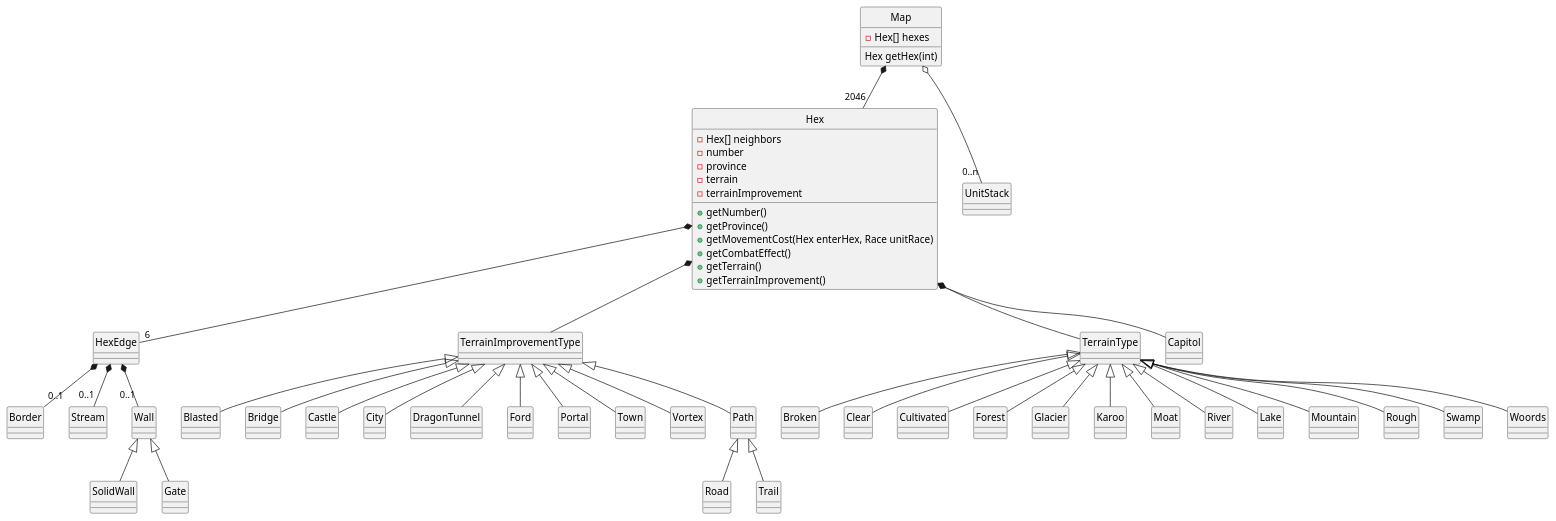
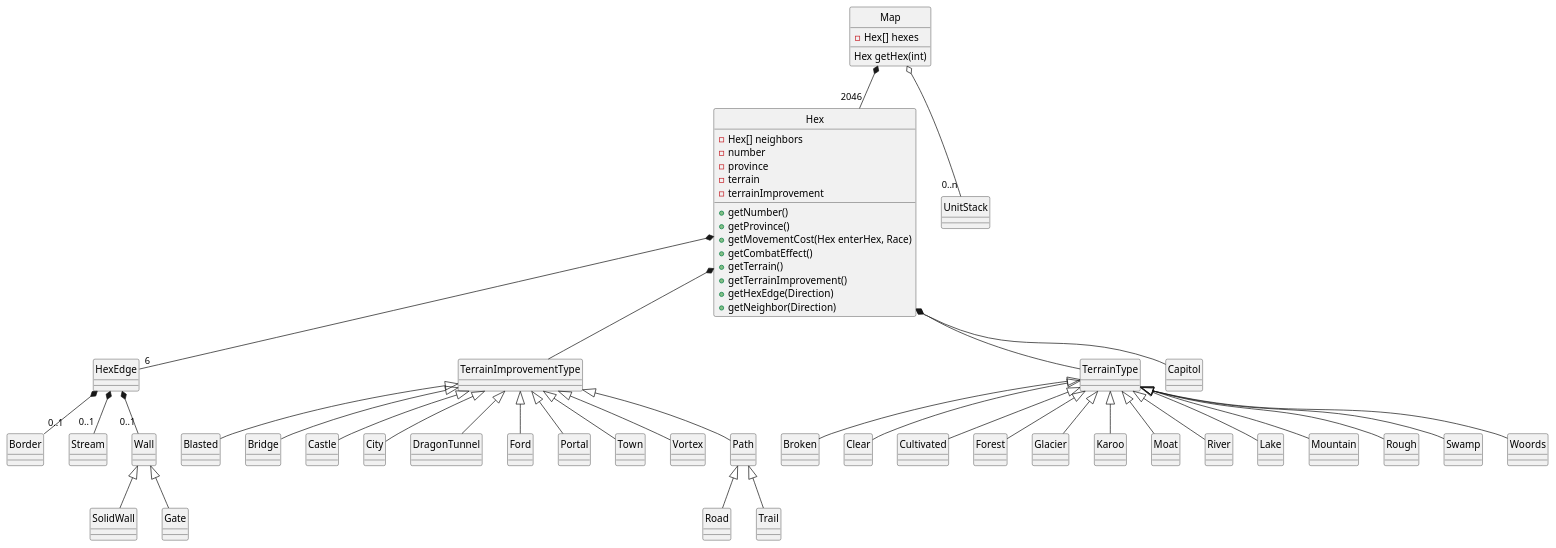
The diagram in mapmove.pu (CS383-Sword-and-Sorcery/HW3), drawn with PlantUML before and after one commit.

Commit message:
added some methods to hex

```diff
--- a/mapmove.pu
+++ b/mapmove.pu
@@ -1,62 +1,64 @@
 @startuml
 hide circle
 ' <|-- is "extention" and used for class inheritence
 ' *-- is composition (static aggregation), for when b is permanently "part of" a
 ' o-- is aggregation (dynamic aggregation)
 
 class Map {
     -Hex[] hexes
 	Hex getHex(int)
 }
 
 class Hex {
 	-Hex[] neighbors
     -number
     -province
     -terrain
     -terrainImprovement
     +getNumber()
     +getProvince()
-    +getMovementCost(Hex enterHex, Race unitRace)
+    +getMovementCost(Hex enterHex, Race)
     +getCombatEffect()
     +getTerrain()
     +getTerrainImprovement()
+	+getHexEdge(Direction)
+    +getNeighbor(Direction)
 }
 
 Map o-- "0..n" UnitStack
 Map *-- "2046" Hex
 Hex *-- "6" HexEdge
 Hex *-- TerrainImprovementType
 Hex *-- TerrainType
 Hex *-- Capitol
 HexEdge *-- "0..1" Border
 HexEdge *-- "0..1" Stream
 HexEdge *-- "0..1" Wall
                    Wall <|-- SolidWall
                    Wall <|-- Gate
 TerrainType <|-- Broken
 TerrainType <|-- Clear
 TerrainType <|-- Cultivated
 TerrainType <|-- Forest
 TerrainType <|-- Glacier
 TerrainType <|-- Karoo
 TerrainType <|-- Moat
 TerrainType <|-- River
 TerrainType <|-- Lake
 TerrainType <|-- Mountain
 TerrainType <|-- Rough
 TerrainType <|-- Swamp
 TerrainType <|-- Woords
 TerrainImprovementType <|-- Blasted
 TerrainImprovementType <|-- Bridge
 TerrainImprovementType <|-- Castle
 TerrainImprovementType <|-- City
 TerrainImprovementType <|-- DragonTunnel
 TerrainImprovementType <|-- Ford
 TerrainImprovementType <|-- Portal
 TerrainImprovementType <|-- Town
 TerrainImprovementType <|-- Vortex
 TerrainImprovementType <|-- Path
                             Path <|-- Road
                             Path <|-- Trail
 @enduml
```
